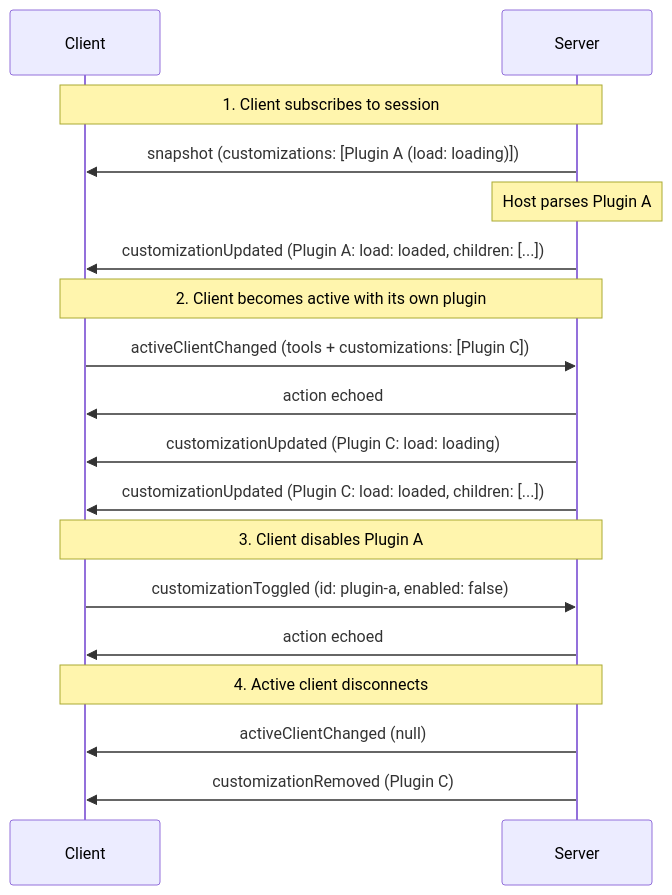
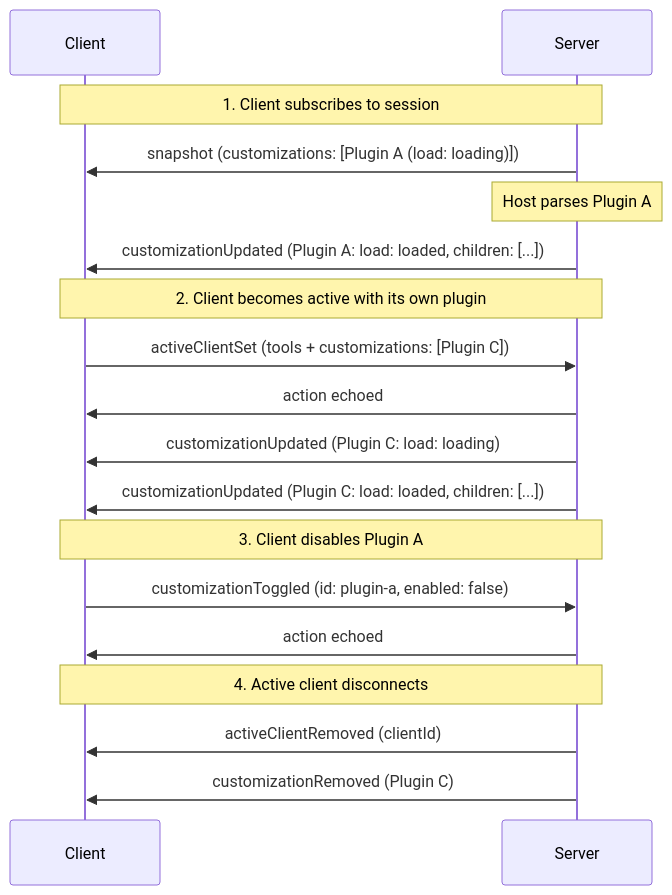
One commit to Qusic/agent-host-protocol changed the seventh of 7 diagrams in docs/guide/customizations.md. Above: the diagram before and after it, drawn with Mermaid. The commit also changed other lines of this file and 102 other files, not shown here.

````diff
--- a/docs/guide/customizations.md
+++ b/docs/guide/customizations.md
@@ -345,31 +396,31 @@
 ```mermaid
 sequenceDiagram
     participant Client
     participant Server
 
     Note over Client,Server: 1. Client subscribes to session
 
     Server->>Client: snapshot (customizations: [Plugin A (load: loading)])
 
     Note over Server: Host parses Plugin A
 
     Server->>Client: customizationUpdated (Plugin A: load: loaded, children: [...])
 
     Note over Client,Server: 2. Client becomes active with its own plugin
 
-    Client->>Server: activeClientChanged (tools + customizations: [Plugin C])
+    Client->>Server: activeClientSet (tools + customizations: [Plugin C])
     Server->>Client: action echoed
 
     Server->>Client: customizationUpdated (Plugin C: load: loading)
     Server->>Client: customizationUpdated (Plugin C: load: loaded, children: [...])
 
     Note over Client,Server: 3. Client disables Plugin A
 
     Client->>Server: customizationToggled (id: plugin-a, enabled: false)
     Server->>Client: action echoed
 
     Note over Client,Server: 4. Active client disconnects
 
-    Server->>Client: activeClientChanged (null)
+    Server->>Client: activeClientRemoved (clientId)
     Server->>Client: customizationRemoved (Plugin C)
 ```
````
